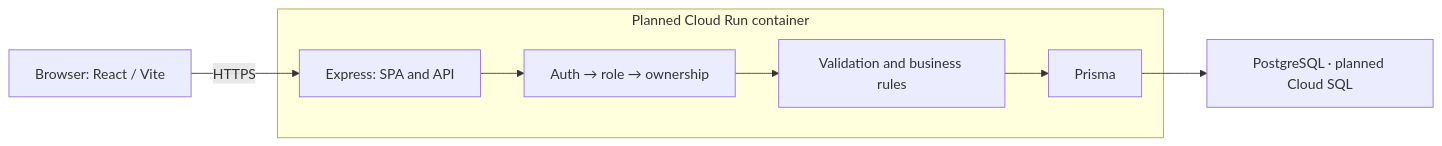
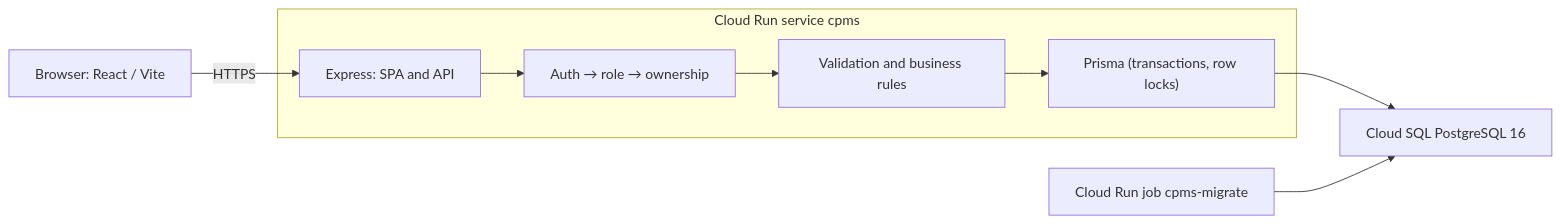
The first of 2 diagrams in docs/system-sds.md (Nuggetkub/cpe334-course-project-management-system), drawn with Mermaid before and after one commit. The commit also changed other lines of this file and 6 other files, not shown here.

````diff
--- a/docs/system-sds.md
+++ b/docs/system-sds.md
@@ -14,10 +20,11 @@
 ```mermaid
 flowchart LR
   Browser["Browser: React / Vite"] -->|HTTPS| Express
-  subgraph Run["Planned Cloud Run container"]
+  subgraph Run["Cloud Run service cpms"]
     Express["Express: SPA and API"] --> Guards["Auth → role → ownership"]
     Guards --> Rules["Validation and business rules"]
-    Rules --> Prisma["Prisma"]
+    Rules --> Prisma["Prisma (transactions, row locks)"]
   end
-  Prisma --> DB["PostgreSQL · planned Cloud SQL"]
+  Prisma --> DB["Cloud SQL PostgreSQL 16"]
+  Job["Cloud Run job cpms-migrate"] --> DB
 ```
````
